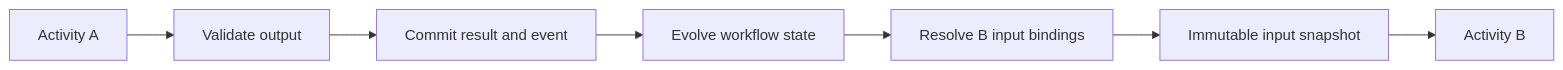
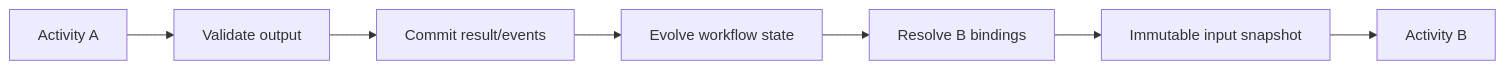
The diagram in handbook/workflows.mdx (thaithienvanid/agentic-reference-architecture), drawn with Mermaid before and after one commit. The commit also changed other lines of this file, not shown here.

````diff
--- a/handbook/workflows.mdx
+++ b/handbook/workflows.mdx
@@ -63,9 +56,9 @@
 ```mermaid
 flowchart LR
     A["Activity A"] --> Validate["Validate output"]
-    Validate --> Commit["Commit result and event"]
+    Validate --> Commit["Commit result/events"]
     Commit --> State["Evolve workflow state"]
-    State --> Bind["Resolve B input bindings"]
+    State --> Bind["Resolve B bindings"]
     Bind --> Snapshot["Immutable input snapshot"]
     Snapshot --> B["Activity B"]
 ```
````
